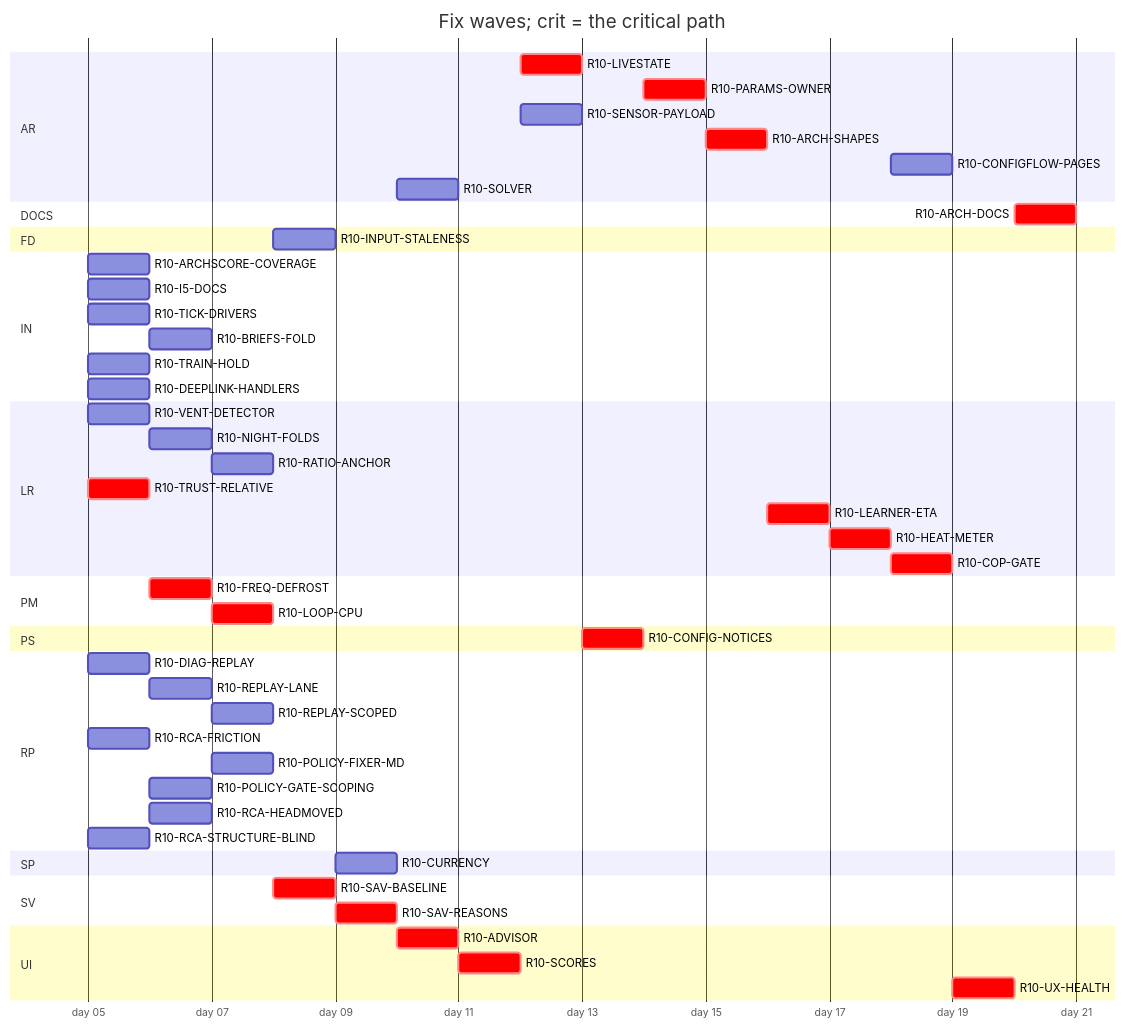
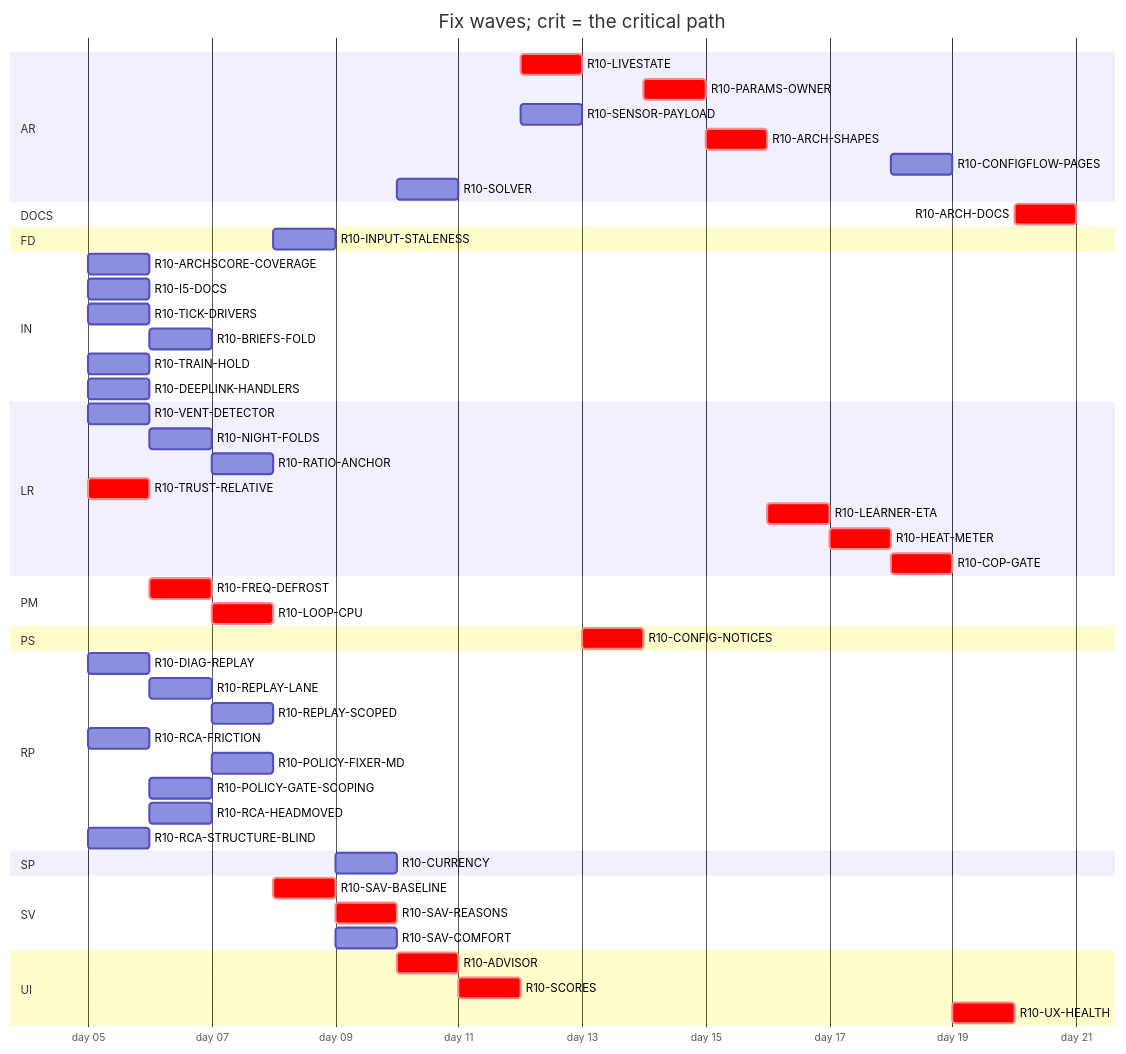
Before and after one commit to tvofi/heatpump_optimizer: the diagram in handoff/round10/state/PLAN-TABLE.md, drawn with Mermaid. The commit also changed other lines of this file and 2 other files, not shown here.

````diff
--- a/handoff/round10/state/PLAN-TABLE.md
+++ b/handoff/round10/state/PLAN-TABLE.md
@@ -24,55 +24,56 @@
 ```mermaid
 gantt
   title Fix waves; crit = the critical path
   dateFormat YYYY-MM-DD
   axisFormat day %d
   section AR
     R10-LIVESTATE :crit, r10LIVESTATE, after r10SCORES, 1d
     R10-PARAMS-OWNER :crit, r10PARAMSOWNER, after r10CONFIGNOTICES r10ARCHSCORECOVERAGE, 1d
     R10-SENSOR-PAYLOAD :r10SENSORPAYLOAD, after r10SCORES, 1d
     R10-ARCH-SHAPES :crit, r10ARCHSHAPES, after r10PARAMSOWNER r10SENSORPAYLOAD r10FREQDEFROST, 1d
     R10-CONFIGFLOW-PAGES :r10CONFIGFLOWPAGES, after r10HEATMETER, 1d
     R10-SOLVER :r10SOLVER, after r10SAVREASONS, 1d
   section DOCS
     R10-ARCH-DOCS :crit, r10ARCHDOCS, after r10VENTDETECTOR r10NIGHTFOLDS r10RATIOANCHOR r10INPUTSTALENESS r10CURRENCY r10TRUSTRELATIVE r10FREQDEFROST r10LOOPCPU r10SAVBASELINE r10SAVREASONS r10ADVISOR r10SCORES r10LIVESTATE r10CONFIGNOTICES r10ARCHSCORECOVERAGE r10PARAMSOWNER r10SENSORPAYLOAD r10ARCHSHAPES r10LEARNERETA r10HEATMETER r10COPGATE r10UXHEALTH r10CONFIGFLOWPAGES r10SOLVER r10I5DOCS r10TICKDRIVERS r10BRIEFSFOLD r10DIAGREPLAY r10REPLAYLANE r10REPLAYSCOPED r10TRAINHOLD r10DEEPLINKHANDLERS, 1d
   section FD
     R10-INPUT-STALENESS :r10INPUTSTALENESS, after r10RATIOANCHOR, 1d
   section IN
     R10-ARCHSCORE-COVERAGE :r10ARCHSCORECOVERAGE, 2026-01-05, 1d
     R10-I5-DOCS :r10I5DOCS, 2026-01-05, 1d
     R10-TICK-DRIVERS :r10TICKDRIVERS, 2026-01-05, 1d
     R10-BRIEFS-FOLD :r10BRIEFSFOLD, after r10ARCHSCORECOVERAGE, 1d
     R10-TRAIN-HOLD :r10TRAINHOLD, 2026-01-05, 1d
     R10-DEEPLINK-HANDLERS :r10DEEPLINKHANDLERS, 2026-01-05, 1d
   section LR
     R10-VENT-DETECTOR :r10VENTDETECTOR, 2026-01-05, 1d
     R10-NIGHT-FOLDS :r10NIGHTFOLDS, after r10VENTDETECTOR, 1d
     R10-RATIO-ANCHOR :r10RATIOANCHOR, after r10NIGHTFOLDS, 1d
     R10-TRUST-RELATIVE :crit, r10TRUSTRELATIVE, 2026-01-05, 1d
     R10-LEARNER-ETA :crit, r10LEARNERETA, after r10ARCHSHAPES, 1d
     R10-HEAT-METER :crit, r10HEATMETER, after r10LEARNERETA r10INPUTSTALENESS r10RATIOANCHOR, 1d
     R10-COP-GATE :crit, r10COPGATE, after r10HEATMETER r10SENSORPAYLOAD, 1d
   section PM
     R10-FREQ-DEFROST :crit, r10FREQDEFROST, after r10TRUSTRELATIVE, 1d
     R10-LOOP-CPU :crit, r10LOOPCPU, after r10FREQDEFROST, 1d
   section PS
     R10-CONFIG-NOTICES :crit, r10CONFIGNOTICES, after r10LIVESTATE, 1d
   section RP
     R10-DIAG-REPLAY :r10DIAGREPLAY, 2026-01-05, 1d
     R10-REPLAY-LANE :r10REPLAYLANE, after r10DIAGREPLAY, 1d
     R10-REPLAY-SCOPED :r10REPLAYSCOPED, after r10REPLAYLANE r10TRAINHOLD, 1d
     R10-RCA-FRICTION :r10RCAFRICTION, 2026-01-05, 1d
     R10-POLICY-FIXER-MD :r10POLICYFIXERMD, after r10RCAFRICTION r10BRIEFSFOLD, 1d
     R10-POLICY-GATE-SCOPING :r10POLICYGATESCOPING, after r10TICKDRIVERS, 1d
     R10-RCA-HEADMOVED :r10RCAHEADMOVED, after r10RCAFRICTION, 1d
     R10-RCA-STRUCTURE-BLIND :r10RCASTRUCTUREBLIND, 2026-01-05, 1d
   section SP
     R10-CURRENCY :r10CURRENCY, after r10INPUTSTALENESS, 1d
   section SV
     R10-SAV-BASELINE :crit, r10SAVBASELINE, after r10LOOPCPU, 1d
     R10-SAV-REASONS :crit, r10SAVREASONS, after r10SAVBASELINE, 1d
+    R10-SAV-COMFORT :r10SAVCOMFORT, after r10SAVBASELINE, 1d
   section UI
     R10-ADVISOR :crit, r10ADVISOR, after r10SAVREASONS, 1d
     R10-SCORES :crit, r10SCORES, after r10ADVISOR, 1d
     R10-UX-HEALTH :crit, r10UXHEALTH, after r10SCORES r10COPGATE r10HEATMETER, 1d
 ```
````
